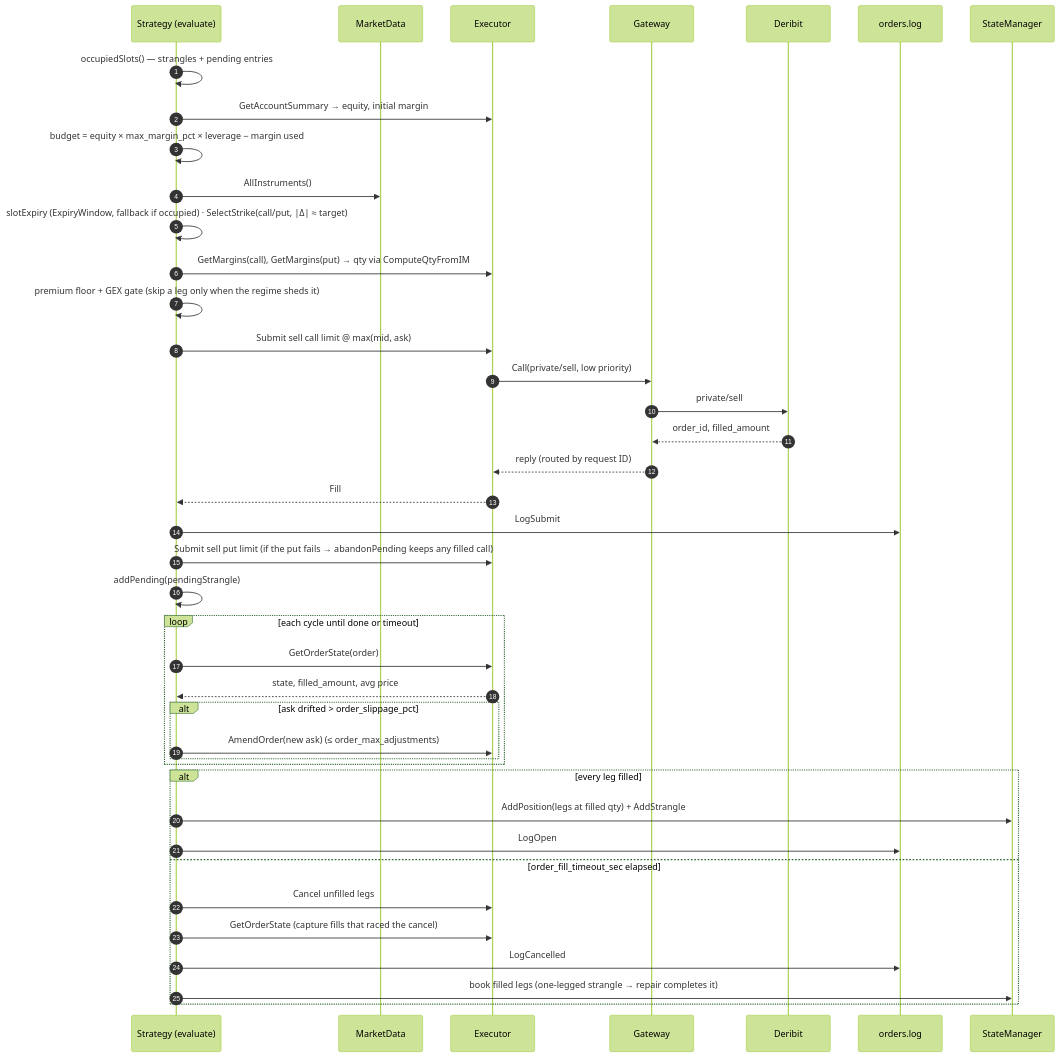
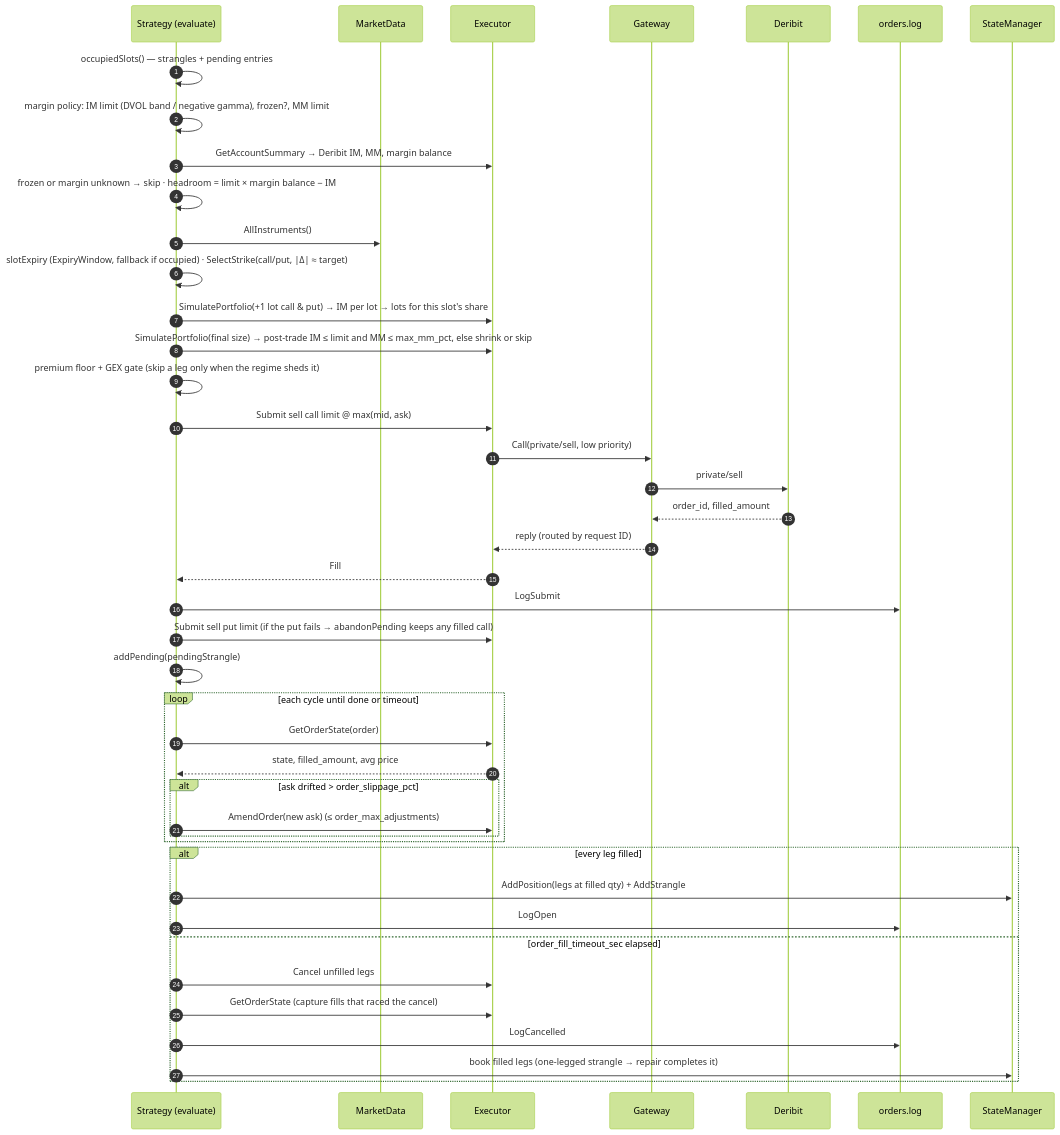
One commit to rchau73/optionsBot changed the diagram in docs/seq_entry.mmd. Above: the diagram before and after it, drawn with Mermaid (forest theme). The commit also changed 47 other files, not shown here.

First line of the commit message:
Margin policy: Deribit IM/MM limits driven by DVOL band and gamma regime

```diff
--- a/docs/seq_entry.mmd
+++ b/docs/seq_entry.mmd
@@ -1,44 +1,46 @@
 sequenceDiagram
     autonumber
     participant S as Strategy (evaluate)
     participant MD as MarketData
     participant X as Executor
     participant GW as Gateway
     participant D as Deribit
     participant J as orders.log
     participant SM as StateManager
 
     S->>S: occupiedSlots() — strangles + pending entries
-    S->>X: GetAccountSummary → equity, initial margin
-    S->>S: budget = equity × max_margin_pct × leverage − margin used
+    S->>S: margin policy: IM limit (DVOL band / negative gamma), frozen?, MM limit
+    S->>X: GetAccountSummary → Deribit IM, MM, margin balance
+    S->>S: frozen or margin unknown → skip · headroom = limit × margin balance − IM
     S->>MD: AllInstruments()
     S->>S: slotExpiry (ExpiryWindow, fallback if occupied) · SelectStrike(call/put, |Δ| ≈ target)
-    S->>X: GetMargins(call), GetMargins(put) → qty via ComputeQtyFromIM
+    S->>X: SimulatePortfolio(+1 lot call & put) → IM per lot → lots for this slot's share
+    S->>X: SimulatePortfolio(final size) → post-trade IM ≤ limit and MM ≤ max_mm_pct, else shrink or skip
     S->>S: premium floor + GEX gate (skip a leg only when the regime sheds it)
     S->>X: Submit sell call limit @ max(mid, ask)
     X->>GW: Call(private/sell, low priority)
     GW->>D: private/sell
     D-->>GW: order_id, filled_amount
     GW-->>X: reply (routed by request ID)
     X-->>S: Fill
     S->>J: LogSubmit
     S->>X: Submit sell put limit (if the put fails → abandonPending keeps any filled call)
     S->>S: addPending(pendingStrangle)
 
     loop each cycle until done or timeout
         S->>X: GetOrderState(order)
         X-->>S: state, filled_amount, avg price
         alt ask drifted > order_slippage_pct
             S->>X: AmendOrder(new ask) (≤ order_max_adjustments)
         end
     end
 
     alt every leg filled
         S->>SM: AddPosition(legs at filled qty) + AddStrangle
         S->>J: LogOpen
     else order_fill_timeout_sec elapsed
         S->>X: Cancel unfilled legs
         S->>X: GetOrderState (capture fills that raced the cancel)
         S->>J: LogCancelled
         S->>SM: book filled legs (one-legged strangle → repair completes it)
     end
```
